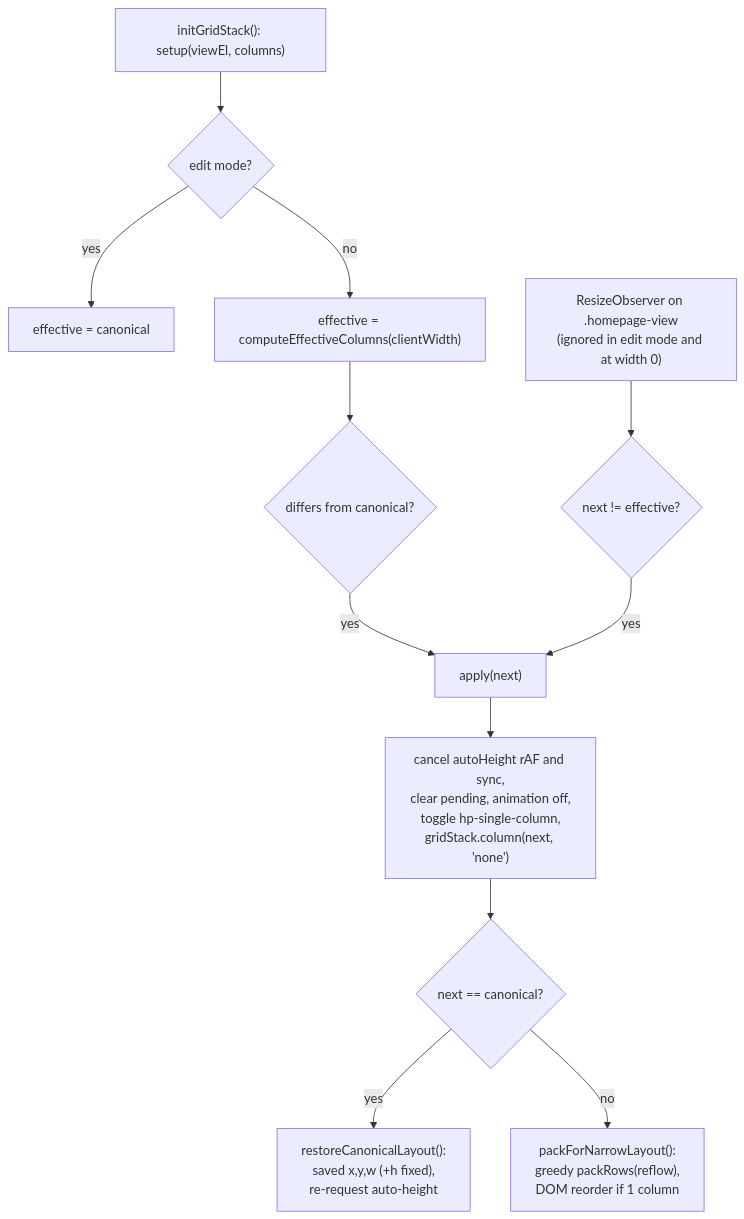
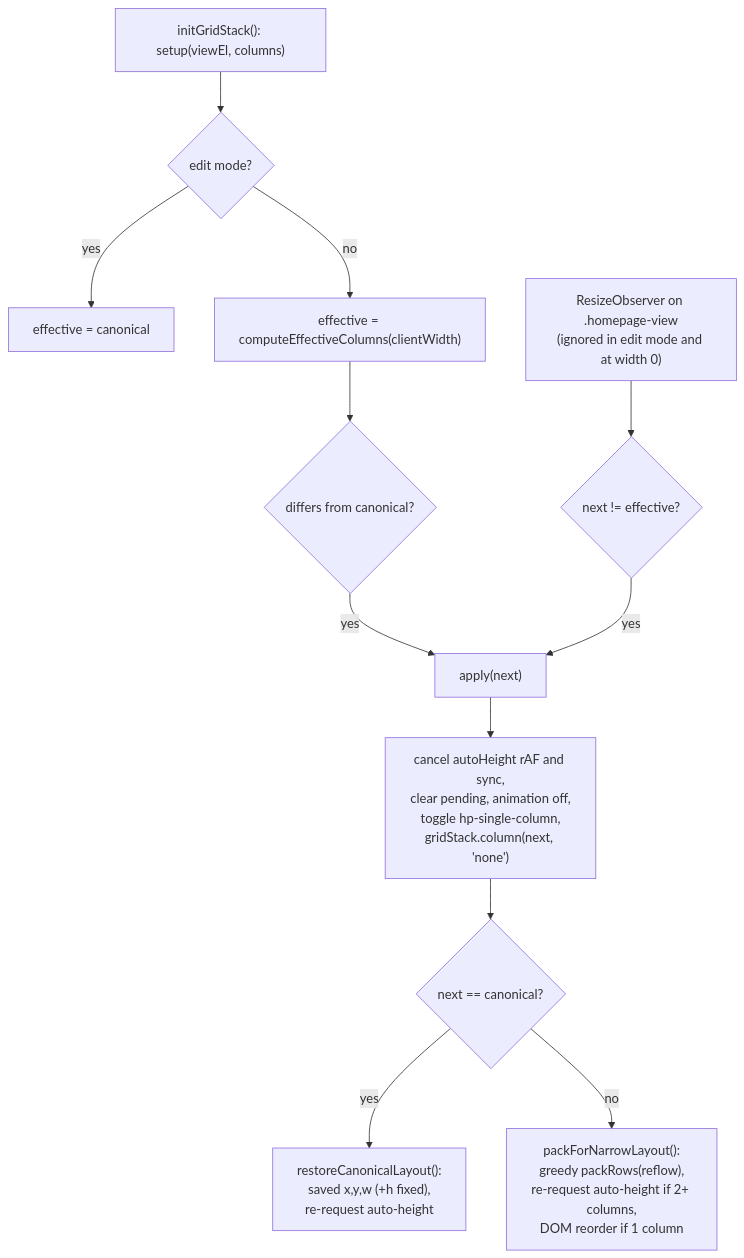
One commit to acaprino/obsidian-plugin-homepage changed diagram 11 of 15 in docs/flows.md. Above: the diagram before and after it, drawn with Mermaid. The commit also changed other lines of this file and 10 other files, not shown here.

````diff
--- a/docs/flows.md
+++ b/docs/flows.md
@@ -658,14 +681,14 @@
 ```mermaid
 flowchart TD
   I["initGridStack(): setup(viewEl, columns)"] --> E{"edit mode?"}
   E -- "yes" --> K["effective = canonical"]
   E -- "no" --> W["effective = computeEffectiveColumns(clientWidth)"]
   W --> D{"differs from canonical?"}
   D -- "yes" --> A["apply(next)"]
   RO["ResizeObserver on .homepage-view<br/>(ignored in edit mode and at width 0)"] --> D2{"next != effective?"}
   D2 -- "yes" --> A
   A --> X["cancel autoHeight rAF and sync,<br/>clear pending, animation off,<br/>toggle hp-single-column,<br/>gridStack.column(next, 'none')"]
   X --> N{"next == canonical?"}
   N -- "yes" --> RC["restoreCanonicalLayout():<br/>saved x,y,w (+h fixed),<br/>re-request auto-height"]
-  N -- "no" --> PN["packForNarrowLayout():<br/>greedy packRows(reflow),<br/>DOM reorder if 1 column"]
+  N -- "no" --> PN["packForNarrowLayout():<br/>greedy packRows(reflow),<br/>re-request auto-height if 2+ columns,<br/>DOM reorder if 1 column"]
 ```
````
